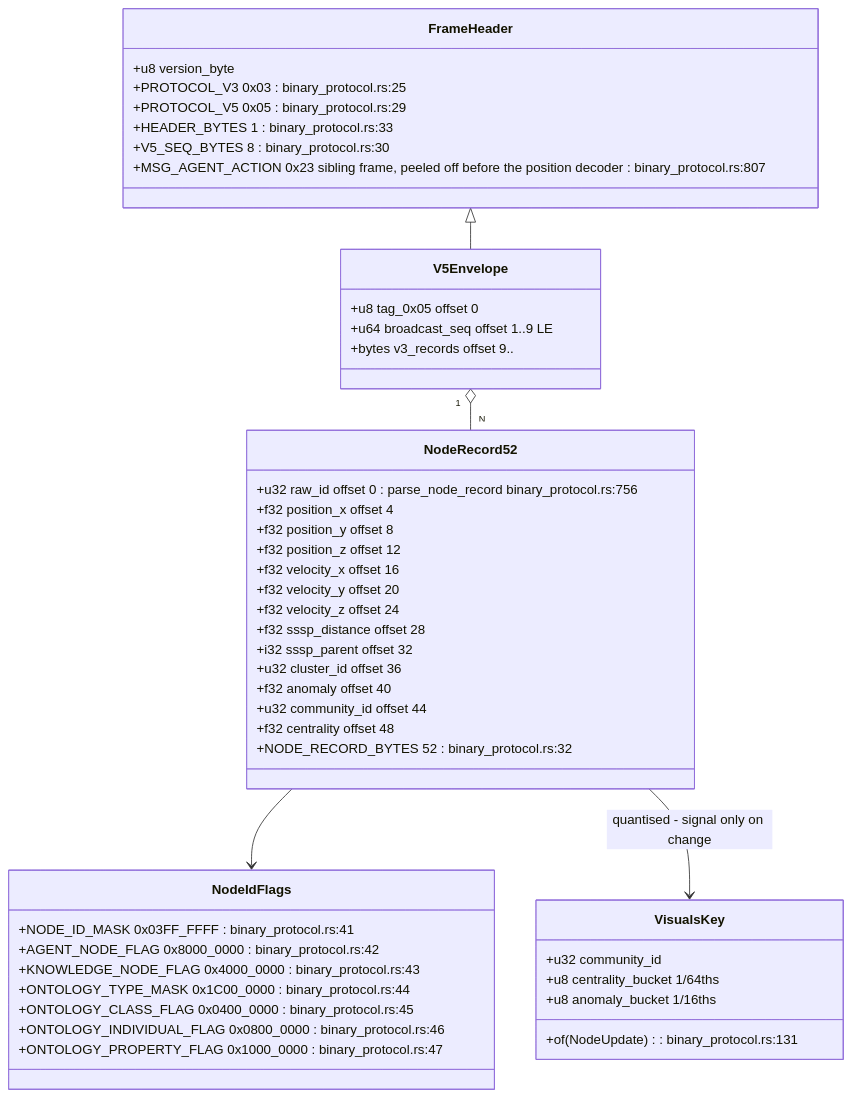
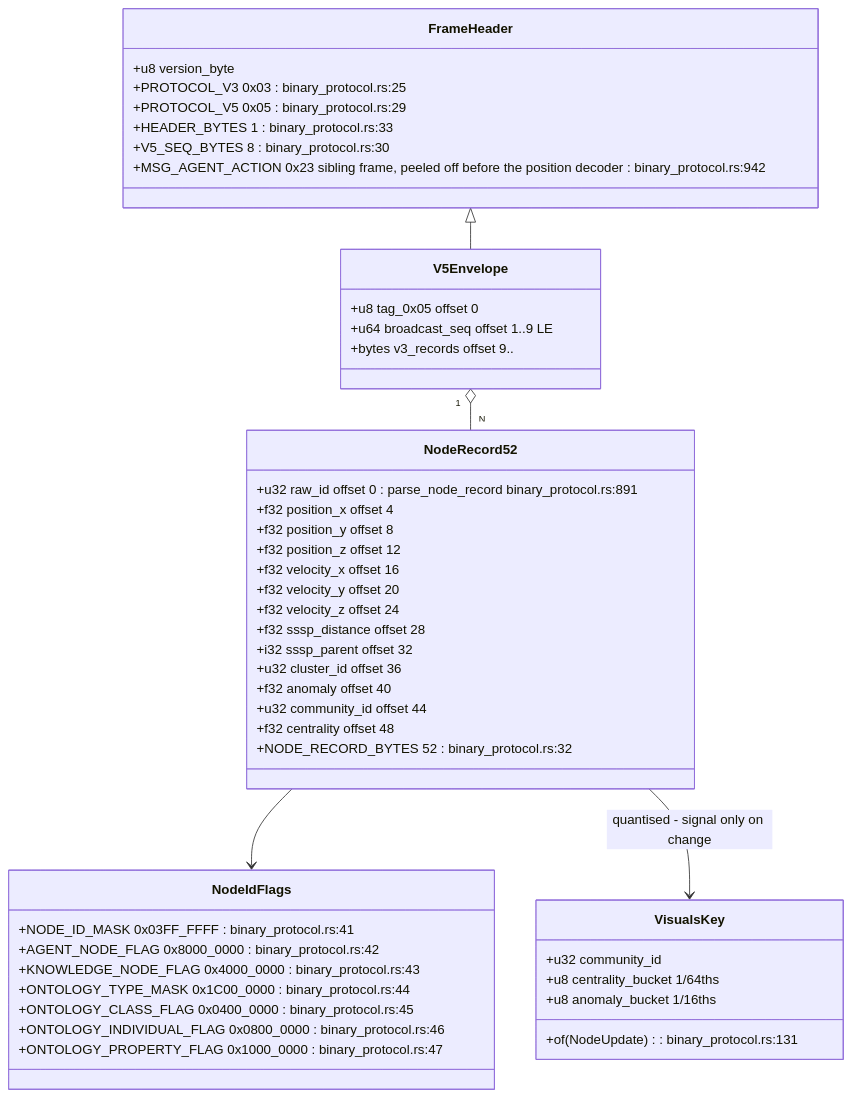
One commit to DreamLab-AI/VisionFlow changed the fifth of 27 diagrams in docs/diagrams/visionclaw/36-godot-xr-client.md. Above: the diagram before and after it, drawn with Mermaid. The commit also changed other lines of this file and 173 other files, not shown here.

````diff
--- a/docs/diagrams/visionclaw/36-godot-xr-client.md
+++ b/docs/diagrams/visionclaw/36-godot-xr-client.md
@@ -281,51 +299,51 @@
 ```mermaid
 classDiagram
     class FrameHeader {
         +u8 version_byte
         +PROTOCOL_V3 0x03 : binary_protocol.rs:25
         +PROTOCOL_V5 0x05 : binary_protocol.rs:29
         +HEADER_BYTES 1 : binary_protocol.rs:33
         +V5_SEQ_BYTES 8 : binary_protocol.rs:30
-        +MSG_AGENT_ACTION 0x23 sibling frame, peeled off before the position decoder : binary_protocol.rs:807
+        +MSG_AGENT_ACTION 0x23 sibling frame, peeled off before the position decoder : binary_protocol.rs:942
     }
     class V5Envelope {
         +u8 tag_0x05 offset 0
         +u64 broadcast_seq offset 1..9 LE
         +bytes v3_records offset 9..
     }
     class NodeRecord52 {
-        +u32 raw_id offset 0 : parse_node_record binary_protocol.rs:756
+        +u32 raw_id offset 0 : parse_node_record binary_protocol.rs:891
         +f32 position_x offset 4
         +f32 position_y offset 8
         +f32 position_z offset 12
         +f32 velocity_x offset 16
         +f32 velocity_y offset 20
         +f32 velocity_z offset 24
         +f32 sssp_distance offset 28
         +i32 sssp_parent offset 32
         +u32 cluster_id offset 36
         +f32 anomaly offset 40
         +u32 community_id offset 44
         +f32 centrality offset 48
         +NODE_RECORD_BYTES 52 : binary_protocol.rs:32
     }
     class NodeIdFlags {
         +NODE_ID_MASK 0x03FF_FFFF : binary_protocol.rs:41
         +AGENT_NODE_FLAG 0x8000_0000 : binary_protocol.rs:42
         +KNOWLEDGE_NODE_FLAG 0x4000_0000 : binary_protocol.rs:43
         +ONTOLOGY_TYPE_MASK 0x1C00_0000 : binary_protocol.rs:44
         +ONTOLOGY_CLASS_FLAG 0x0400_0000 : binary_protocol.rs:45
         +ONTOLOGY_INDIVIDUAL_FLAG 0x0800_0000 : binary_protocol.rs:46
         +ONTOLOGY_PROPERTY_FLAG 0x1000_0000 : binary_protocol.rs:47
     }
     class VisualsKey {
         +u32 community_id
         +u8 centrality_bucket 1/64ths
         +u8 anomaly_bucket 1/16ths
         +of(NodeUpdate) : binary_protocol.rs:131
     }
     V5Envelope "1" o-- "N" NodeRecord52
     NodeRecord52 --> NodeIdFlags
     NodeRecord52 --> VisualsKey : quantised - signal only on change
     FrameHeader <|-- V5Envelope
 ```
````
